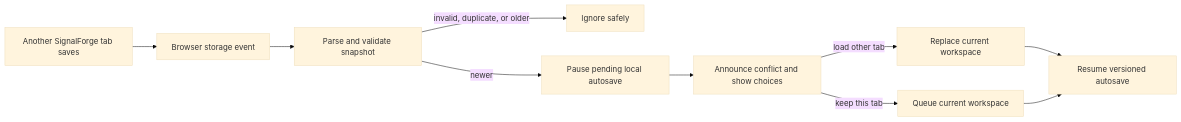
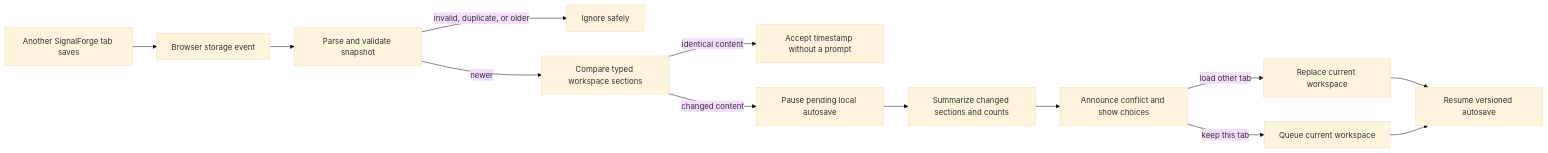
One commit to ASKR04/JavaScript changed diagram 12 of 12 in signalforge/docs/architecture.md. Above: the diagram before and after it, drawn with Mermaid (base theme). The commit also changed other lines of this file and 7 other files, not shown here.

````diff
--- a/signalforge/docs/architecture.md
+++ b/signalforge/docs/architecture.md
@@ -227,12 +227,15 @@
 ```mermaid
 flowchart LR
     OtherTab["Another SignalForge tab saves"] --> Event["Browser storage event"]
     Event --> Parse["Parse and validate snapshot"]
     Parse -->|invalid, duplicate, or older| Ignore["Ignore safely"]
-    Parse -->|newer| Pause["Pause pending local autosave"]
-    Pause --> Alert["Announce conflict and show choices"]
+    Parse -->|newer| Compare["Compare typed workspace sections"]
+    Compare -->|identical content| Reconcile["Accept timestamp without a prompt"]
+    Compare -->|changed content| Pause["Pause pending local autosave"]
+    Pause --> Summary["Summarize changed sections and counts"]
+    Summary --> Alert["Announce conflict and show choices"]
     Alert -->|load other tab| Replace["Replace current workspace"]
     Alert -->|keep this tab| Requeue["Queue current workspace"]
     Replace --> Autosave["Resume versioned autosave"]
     Requeue --> Autosave
 ```
````
